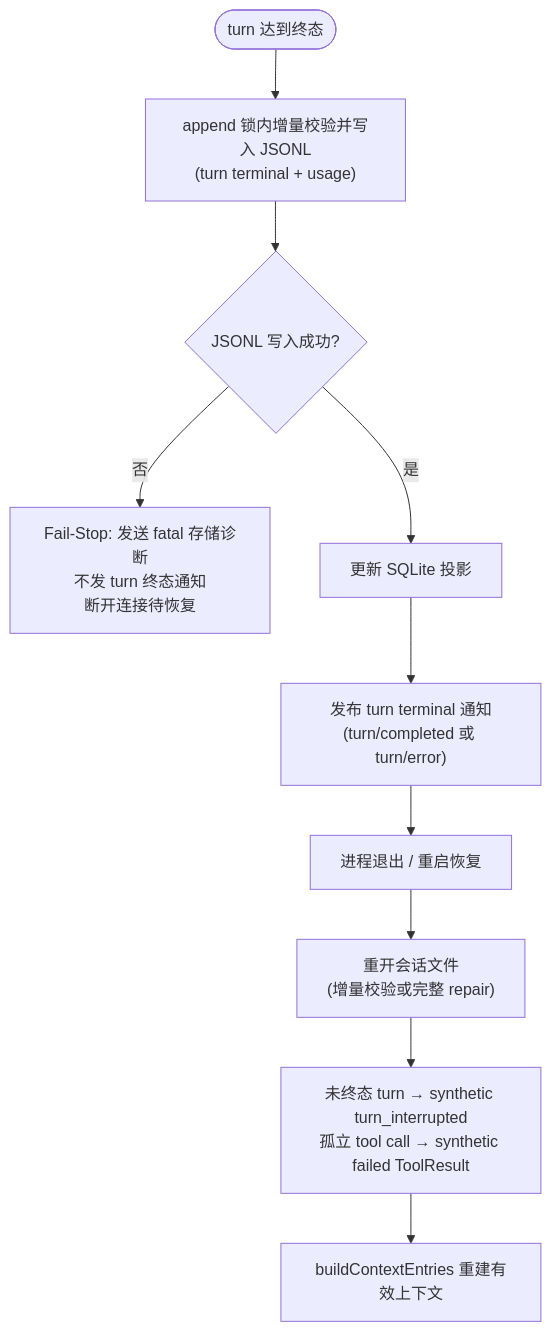
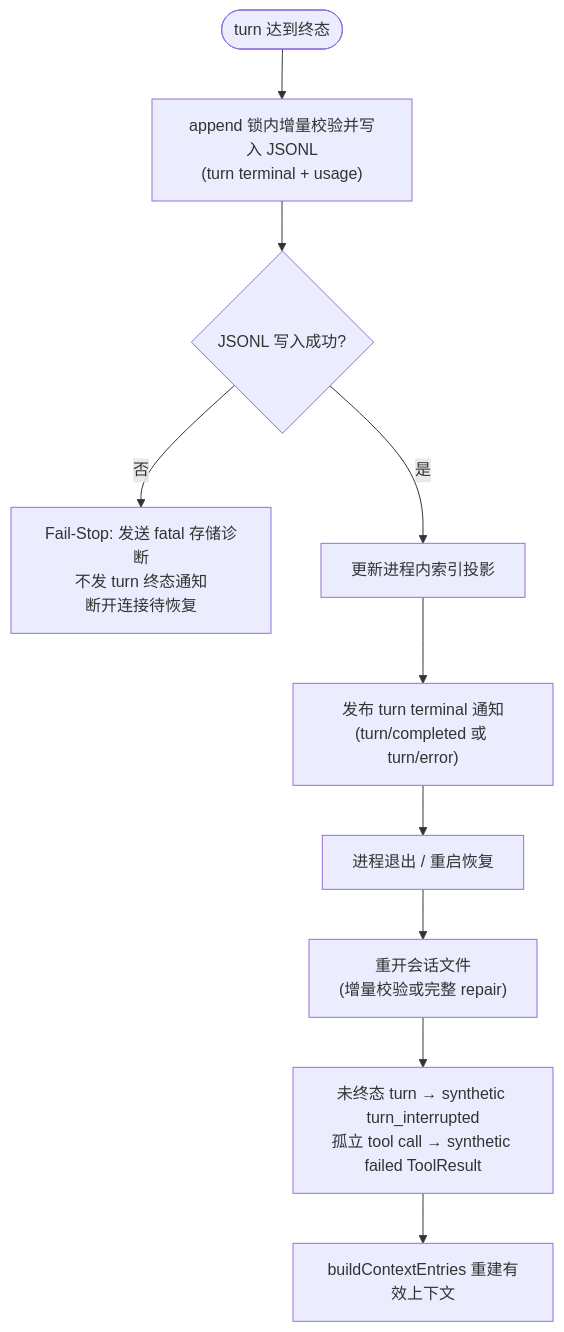
One commit to qjcnmd/singularity-agent changed the fifth of 7 diagrams in docs/singularity.md. Above: the diagram before and after it, drawn with Mermaid. The commit also changed other lines of this file and 36 other files, not shown here.

````diff
--- a/docs/singularity.md
+++ b/docs/singularity.md
@@ -186,12 +183,12 @@
 ```mermaid
 flowchart TD
     A(["turn 达到终态"]) --> B["append 锁内增量校验并写入 JSONL<br/>(turn terminal + usage)"]
     B --> C{"JSONL 写入成功?"}
     C -- 否 --> FAILSTOP["Fail-Stop: 发送 fatal 存储诊断<br/>不发 turn 终态通知<br/>断开连接待恢复"]
-    C -- 是 --> D["更新 SQLite 投影"]
+    C -- 是 --> D["更新进程内索引投影"]
     D --> E["发布 turn terminal 通知<br/>(turn/completed 或 turn/error)"]
     E --> F["进程退出 / 重启恢复"]
     F --> G["重开会话文件<br/>(增量校验或完整 repair)"]
     G --> H["未终态 turn → synthetic turn_interrupted<br/>孤立 tool call → synthetic failed ToolResult"]
     H --> I["buildContextEntries 重建有效上下文"]
 ```
````
